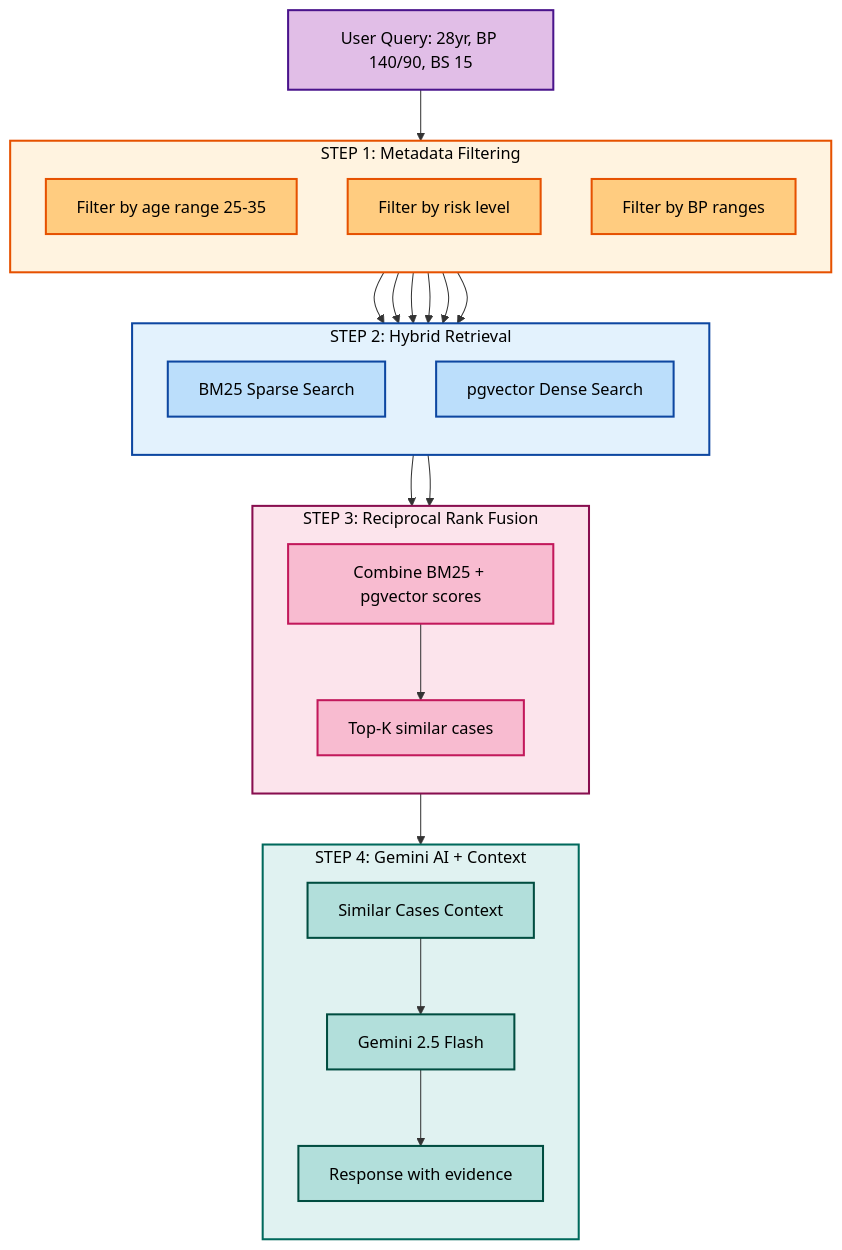
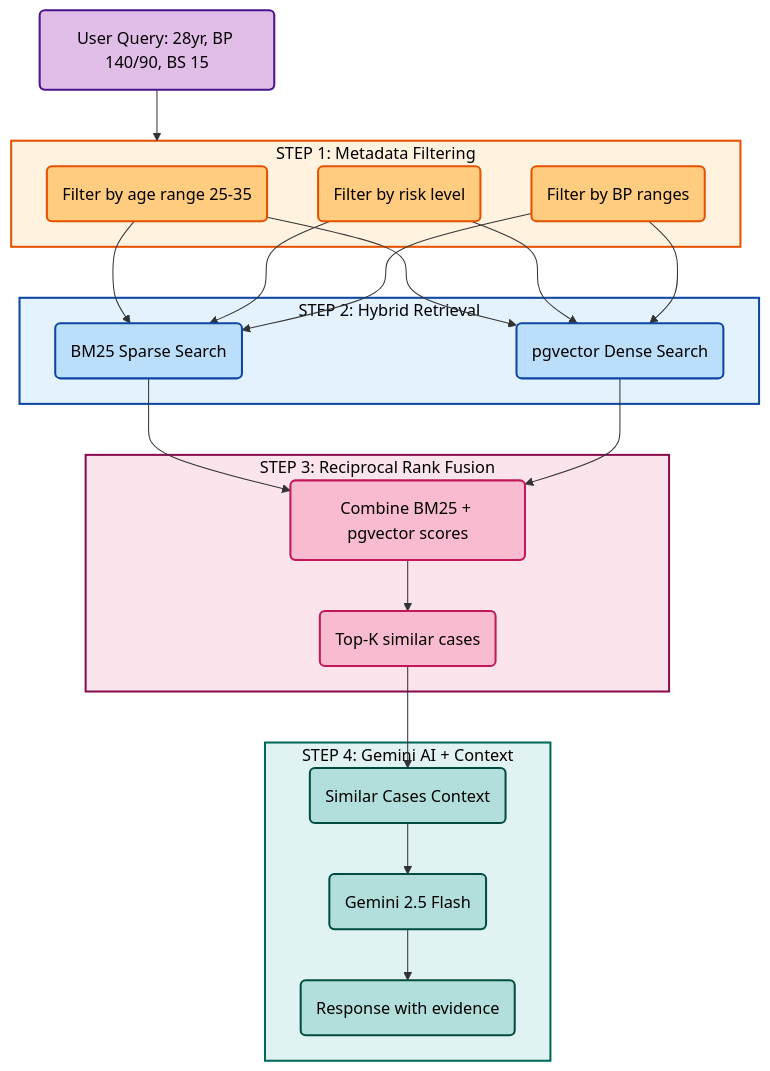
One commit to AIUtsavBot/aanchal_ai changed the third of 8 diagrams in README.md. Above: the diagram before and after it, drawn with Mermaid. The commit also changed other lines of this file, not shown here.

Commit message:
Fix syntax errors in all Mermaid diagrams (removed quotas and flowchart)

````diff
--- a/README.md
+++ b/README.md
@@ -186,55 +180,51 @@
 ```mermaid
-flowchart TB
+graph TB
     %% Styles
     classDef input fill:#e1bee7,stroke:#4a148c,stroke-width:2px,color:black
     classDef filter fill:#ffcc80,stroke:#e65100,stroke-width:2px,color:black
     classDef retrieval fill:#bbdefb,stroke:#0d47a1,stroke-width:2px,color:black
     classDef fusion fill:#f8bbd0,stroke:#c2185b,stroke-width:2px,color:black
     classDef gemini fill:#b2dfdb,stroke:#004d40,stroke-width:2px,color:black
 
-    Query["User Query: 28yr, BP 140/90, BS 15"]:::input
+    Query(User Query: 28yr, BP 140/90, BS 15):::input
     
-    subgraph FILTER["STEP 1: Metadata Filtering"]
-        direction TB
+    subgraph FILTER [STEP 1: Metadata Filtering]
         style FILTER fill:#fff3e0,stroke:#e65100,stroke-width:2px,color:black
-        F1["Filter by age range 25-35"]:::filter
-        F2["Filter by risk level"]:::filter
-        F3["Filter by BP ranges"]:::filter
+        F1(Filter by age range 25-35):::filter
+        F2(Filter by risk level):::filter
+        F3(Filter by BP ranges):::filter
     end
     
-    subgraph RETRIEVAL["STEP 2: Hybrid Retrieval"]
-        direction TB
+    subgraph RETRIEVAL [STEP 2: Hybrid Retrieval]
         style RETRIEVAL fill:#e3f2fd,stroke:#0d47a1,stroke-width:2px,color:black
-        BM25["BM25 Sparse Search"]:::retrieval
-        PGVEC["pgvector Dense Search"]:::retrieval
+        BM25(BM25 Sparse Search):::retrieval
+        PGVEC(pgvector Dense Search):::retrieval
     end
     
-    subgraph FUSION["STEP 3: Reciprocal Rank Fusion"]
-        direction TB
+    subgraph FUSION [STEP 3: Reciprocal Rank Fusion]
         style FUSION fill:#fce4ec,stroke:#880e4f,stroke-width:2px,color:black
-        RRF["Combine BM25 + pgvector scores"]:::fusion
-        TOPK["Top-K similar cases"]:::fusion
+        RRF(Combine BM25 + pgvector scores):::fusion
+        TOPK(Top-K similar cases):::fusion
     end
     
-    subgraph GEMINI["STEP 4: Gemini AI + Context"]
-        direction TB
+    subgraph GEMINI [STEP 4: Gemini AI + Context]
         style GEMINI fill:#e0f2f1,stroke:#00695c,stroke-width:2px,color:black
-        CTX["Similar Cases Context"]:::gemini
-        LLM["Gemini 2.5 Flash"]:::gemini
-        RESP["Response with evidence"]:::gemini
+        CTX(Similar Cases Context):::gemini
+        LLM(Gemini 2.5 Flash):::gemini
+        RESP(Response with evidence):::gemini
     end
     
     Query --> FILTER
     F1 --> BM25
     F2 --> BM25
     F3 --> BM25
     F1 --> PGVEC
     F2 --> PGVEC
     F3 --> PGVEC
     BM25 --> RRF
     PGVEC --> RRF
     RRF --> TOPK
     TOPK --> CTX
     CTX --> LLM
     LLM --> RESP
 ```
````
